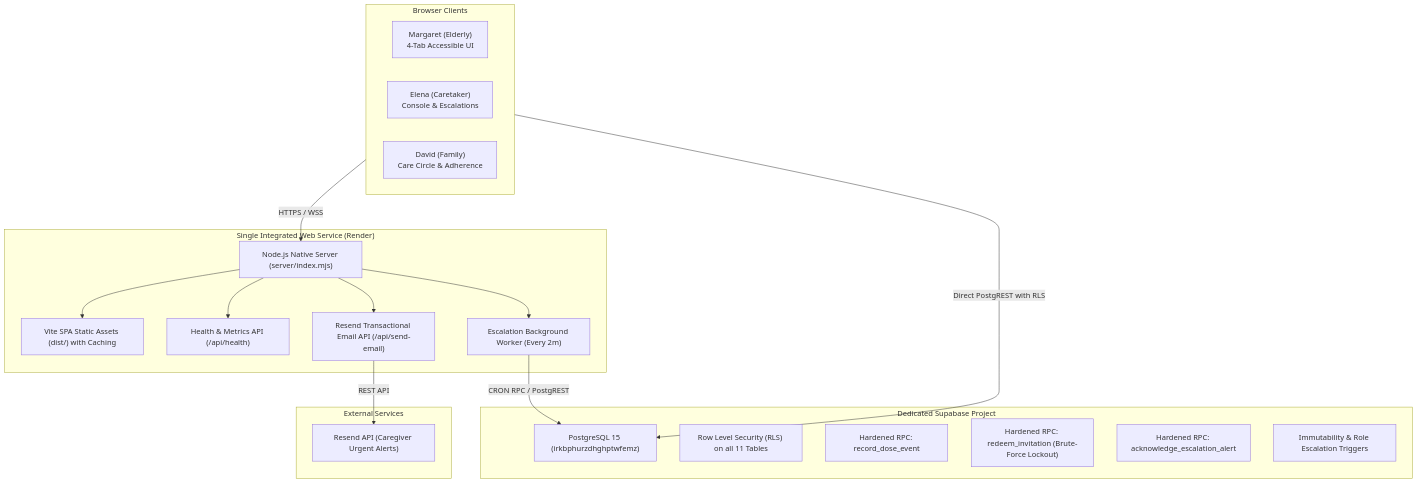
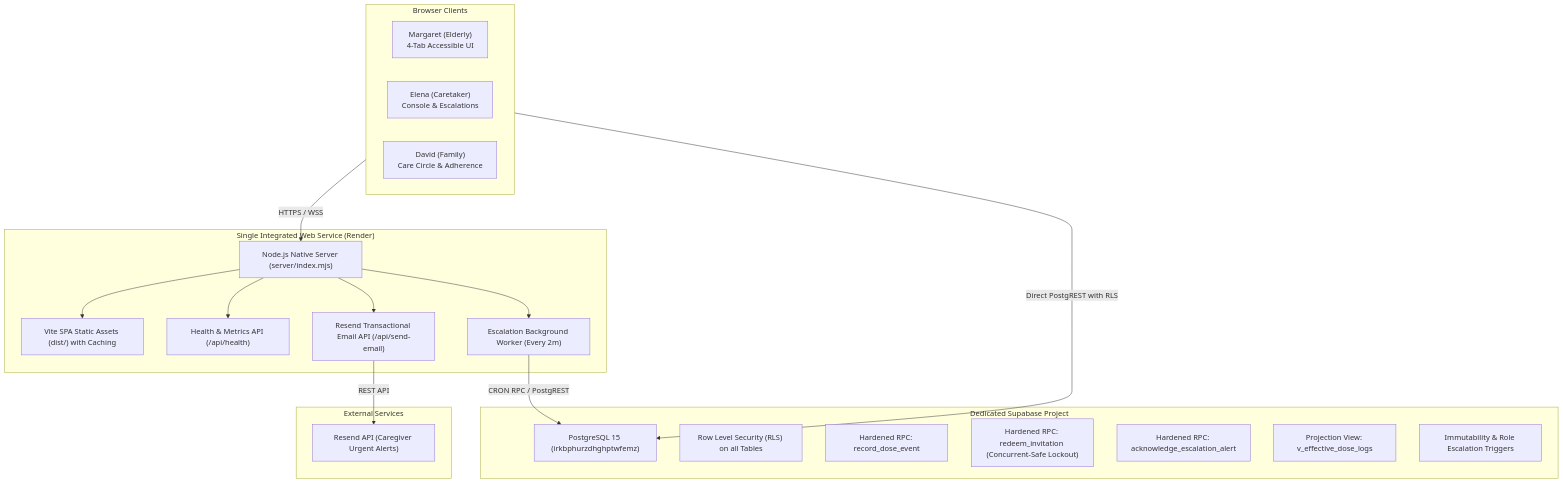
Before and after one commit to Rishi-11-26/CareCircle: the first of 2 diagrams in README.md, drawn with Mermaid. The commit also changed other lines of this file and 9 other files, not shown here.

Commit message:
fix(security): remediate record_dose_event authorization, enforce append-only immutability projection, concurrent-safe lockout, and add pg-mem database tests

````diff
--- a/README.md
+++ b/README.md
@@ -29,38 +29,39 @@
 ```mermaid
 graph TD
     subgraph Client["Browser Clients"]
         A1["Margaret (Elderly)<br/>4-Tab Accessible UI"]
         A2["Elena (Caretaker)<br/>Console & Escalations"]
         A3["David (Family)<br/>Care Circle & Adherence"]
     end
 
     subgraph Service["Single Integrated Web Service (Render)"]
         B1["Node.js Native Server (server/index.mjs)"]
         B2["Vite SPA Static Assets (dist/) with Caching"]
         B3["Health & Metrics API (/api/health)"]
         B4["Escalation Background Worker (Every 2m)"]
         B5["Resend Transactional Email API (/api/send-email)"]
     end
 
     subgraph Database["Dedicated Supabase Project"]
         C1["PostgreSQL 15 (irkbphurzdhghptwfemz)"]
-        C2["Row Level Security (RLS) on all 11 Tables"]
+        C2["Row Level Security (RLS) on all Tables"]
         C3["Hardened RPC: record_dose_event"]
-        C4["Hardened RPC: redeem_invitation (Brute-Force Lockout)"]
+        C4["Hardened RPC: redeem_invitation (Concurrent-Safe Lockout)"]
         C5["Hardened RPC: acknowledge_escalation_alert"]
-        C6["Immutability & Role Escalation Triggers"]
+        C6["Projection View: v_effective_dose_logs"]
+        C7["Immutability & Role Escalation Triggers"]
     end
 
     subgraph External["External Services"]
         D1["Resend API (Caregiver Urgent Alerts)"]
     end
 
     Client -->|HTTPS / WSS| B1
     B1 --> B2
     B1 --> B3
     B1 --> B4
     B1 --> B5
     Client -->|Direct PostgREST with RLS| C1
     B4 -->|CRON RPC / PostgREST| C1
     B5 -->|REST API| D1
 ```
````
